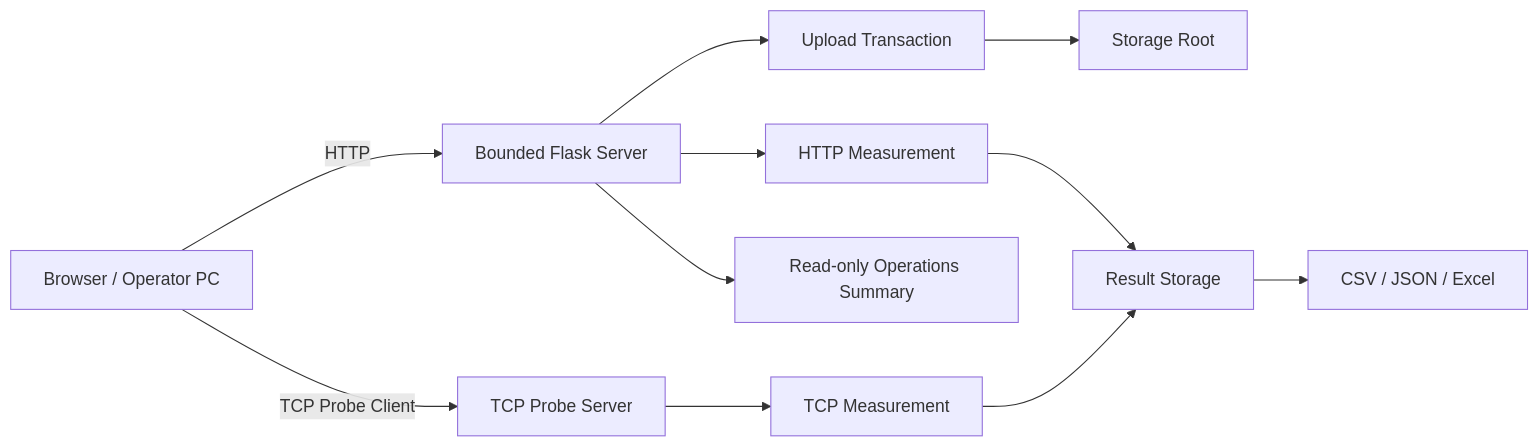
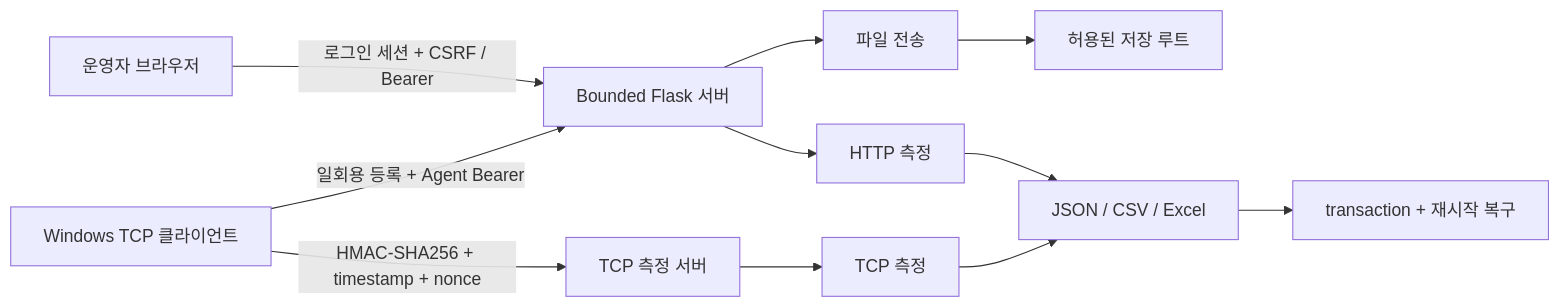
Before and after one commit to sebia1993/internal-network-transfer-diagnostics: the diagram in README.md, drawn with Mermaid. The commit also changed other lines of this file and 54 other files, not shown here.

````diff
--- a/README.md
+++ b/README.md
@@ -63,16 +40,13 @@
 ```mermaid
 flowchart LR
-    C["Browser / Operator PC"] -->|"HTTP"| WEB["Bounded Flask Server"]
-    C -->|"TCP Probe Client"| TCP["TCP Probe Server"]
-
-    WEB --> UP["Upload Transaction"]
-    WEB --> HTTP["HTTP Measurement"]
-    WEB --> OPS["Read-only Operations Summary"]
-
-    TCP --> TM["TCP Measurement"]
-
-    UP --> STORE["Storage Root"]
-    HTTP --> RESULT["Result Storage"]
-    TM --> RESULT
-    RESULT --> CSV["CSV / JSON / Excel"]
+    O["운영자 브라우저"] -->|"로그인 세션 + CSRF / Bearer"| W["Bounded Flask 서버"]
+    A["Windows TCP 클라이언트"] -->|"일회용 등록 + Agent Bearer"| W
+    A -->|"HMAC-SHA256 + timestamp + nonce"| T["TCP 측정 서버"]
+    W --> U["파일 전송"]
+    W --> H["HTTP 측정"]
+    T --> P["TCP 측정"]
+    U --> S["허용된 저장 루트"]
+    H --> R["JSON / CSV / Excel"]
+    P --> R
+    R --> X["transaction + 재시작 복구"]
 ```
````
